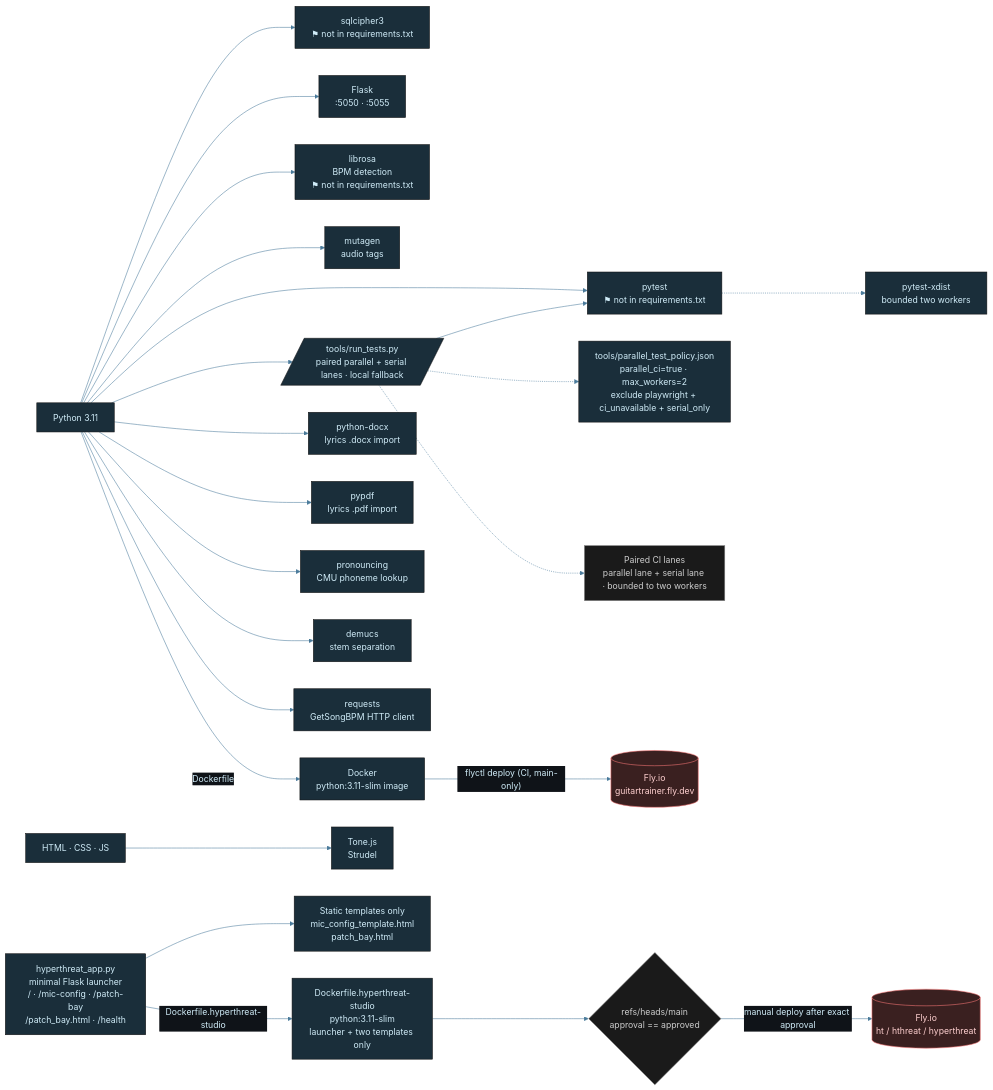
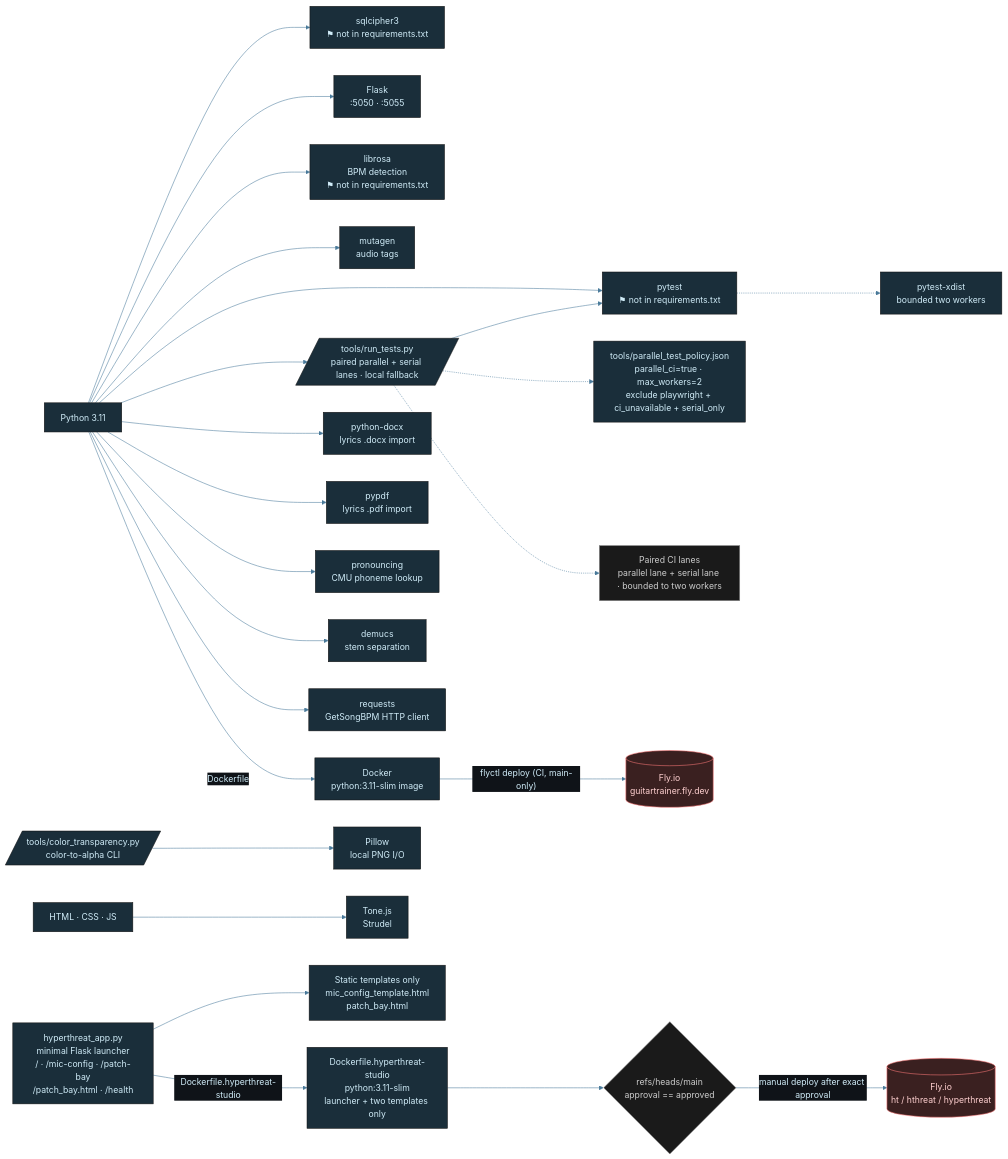
Before and after one commit to tylerdrakemusic/Music: the diagram in diagrams/music-tech-stack.mmd, drawn with Mermaid.

Commit message:
❤ music: repair color transparency architecture diagram

```diff
--- a/diagrams/music-tech-stack.mmd
+++ b/diagrams/music-tech-stack.mmd
@@ -1,46 +1,47 @@
 %%{init: {'theme': 'base', 'themeVariables': {'primaryColor': '#1a2e3a', 'primaryTextColor': '#d0ecf8', 'edgeLabelBackground': '#0f1318', 'lineColor': '#4a7a9a'}}}%%
 %% is_derived_view=true
 %% Traceability.parent: diagrams/music-architecture.mmd
 graph LR
     Python[Python 3.11] --> SQLCipher["sqlcipher3<br/>⚑ not in requirements.txt"]
     Python --> Flask[Flask<br/>:5050 · :5055]
     Python --> Librosa["librosa<br/>BPM detection<br/>⚑ not in requirements.txt"]
     Python --> Mutagen[mutagen<br/>audio tags]
     Python --> Pytest["pytest<br/>⚑ not in requirements.txt"]
     Python --> TestRunner[/tools/run_tests.py<br/>paired parallel + serial lanes · local fallback/]
     TestRunner --> Pytest
     TestRunner -.-> TestPolicy[tools/parallel_test_policy.json<br/>parallel_ci=true · max_workers=2<br/>exclude playwright + ci_unavailable + serial_only]
     Pytest -.-> Xdist[pytest-xdist<br/>bounded two workers]
     TestRunner -.-> ParallelEvidence[Paired CI lanes<br/>parallel lane + serial lane · bounded to two workers]
     Python --> PythonDocx[python-docx<br/>lyrics .docx import]
     Python --> Pypdf[pypdf<br/>lyrics .pdf import]
     Python --> Pronouncing[pronouncing<br/>CMU phoneme lookup]
     Python --> Demucs[demucs<br/>stem separation]
     Python --> Requests[requests<br/>GetSongBPM HTTP client]
+    ColorTransparency[/tools/color_transparency.py<br>color-to-alpha CLI/] --> Pillow[Pillow<br>local PNG I/O]
     Web[HTML · CSS · JS] --> Tone[Tone.js<br/>Strudel]
     Python -->|Dockerfile| Docker[Docker<br/>python:3.11-slim image] -->|"flyctl deploy (CI, main-only)"| FlyIO[(Fly.io<br/>guitartrainer.fly.dev)]
     HyperthreatLauncher["hyperthreat_app.py<br/>minimal Flask launcher<br/>/ · /mic-config · /patch-bay<br/>/patch_bay.html · /health"]
     HyperthreatTemplates["Static templates only<br/>mic_config_template.html<br/>patch_bay.html"]
     HyperthreatDocker["Dockerfile.hyperthreat-studio<br/>python:3.11-slim<br/>launcher + two templates only"]
     HyperthreatGate{"refs/heads/main<br/>approval == approved"}
     HyperthreatFly[(Fly.io<br/>ht / hthreat / hyperthreat)]
     HyperthreatLauncher --> HyperthreatTemplates
     HyperthreatLauncher -->|"Dockerfile.hyperthreat-studio"| HyperthreatDocker
     HyperthreatDocker --> HyperthreatGate
     HyperthreatGate -->|"manual deploy after exact approval"| HyperthreatFly
     class Python,Web lang
-    class SQLCipher,Flask,Librosa,Mutagen,Pytest,TestRunner,TestPolicy,Xdist,Tone,PythonDocx,Pypdf,Pronouncing,Demucs,Requests lib
+    class SQLCipher,Flask,Librosa,Mutagen,Pytest,TestRunner,TestPolicy,Xdist,Tone,PythonDocx,Pypdf,Pronouncing,Demucs,Requests,ColorTransparency,Pillow lib
     class ParallelEvidence state
     class FlyIO,HyperthreatFly ext
     class HyperthreatLauncher,HyperthreatTemplates,HyperthreatDocker svc
     class HyperthreatGate state
 
 classDef life     fill:#1a2e3a,stroke:#6ab4d4,color:#d0ecf8
 classDef music    fill:#3a1a24,stroke:#d47a8f,color:#f8d0dc
 classDef quantum  fill:#251a3a,stroke:#a07adf,color:#e8d0f8
 classDef manifest fill:#3a2e1a,stroke:#d4a96a,color:#f8ead0
 classDef ws       fill:#1a3a30,stroke:#6ad4b4,color:#d0f8ee
 classDef tyler    fill:#2a1a3a,stroke:#9e4aff,color:#fff
 classDef ext      fill:#3a2020,stroke:#ff7a7a,color:#ffd0d0
 classDef db       fill:#3a3010,stroke:#d4c050,color:#f8f0c0
 classDef state    fill:#1a1a1a,stroke:#888888,color:#cccccc
```
